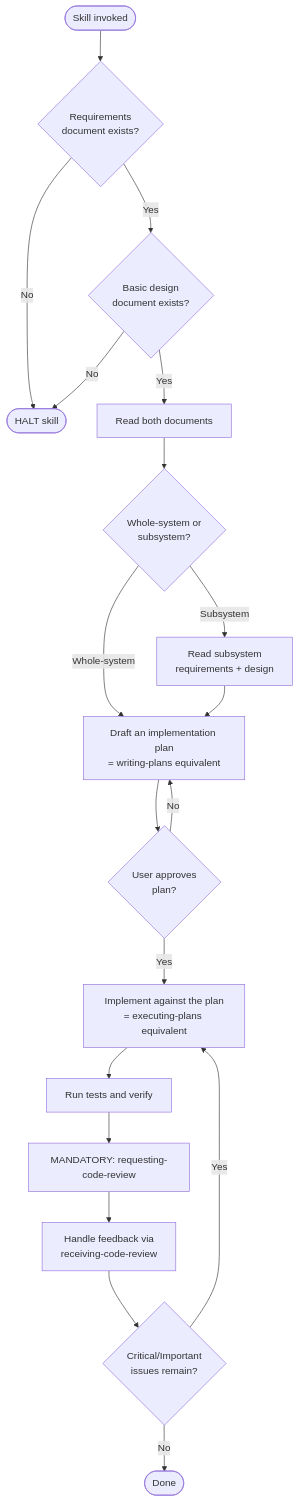
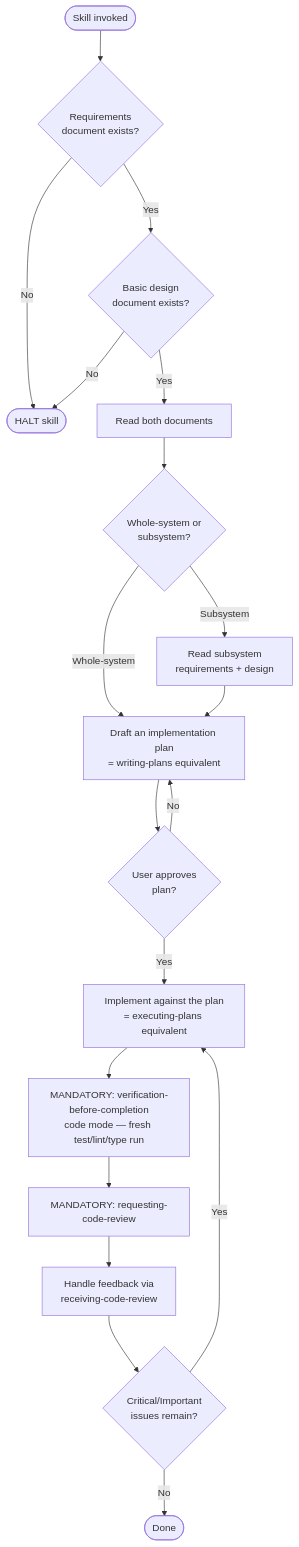
One commit to wintermaples/spec-coexist changed the diagram in .claude/skills/implementing-from-spec/SKILL.md. Above: the diagram before and after it, drawn with Mermaid. The commit also changed other lines of this file and 6 other files, not shown here.

First line of the commit message:
Add verification-before-completion skill and wire it as a MUST gate

````diff
--- a/.claude/skills/implementing-from-spec/SKILL.md
+++ b/.claude/skills/implementing-from-spec/SKILL.md
@@ -46,22 +47,22 @@
 ```mermaid
 flowchart TD
     Start([Skill invoked]) --> Q1{Requirements<br/>document exists?}
     Q1 -- No --> Stop([HALT skill])
     Q1 -- Yes --> Q2{Basic design<br/>document exists?}
     Q2 -- No --> Stop
     Q2 -- Yes --> R[Read both documents]
     R --> Q3{Whole-system or<br/>subsystem?}
     Q3 -- Subsystem --> S1[Read subsystem<br/>requirements + design]
     Q3 -- Whole-system --> Plan
     S1 --> Plan
     Plan[Draft an implementation plan<br/>= writing-plans equivalent]
     Plan --> Approve{User approves<br/>plan?}
     Approve -- No --> Plan
     Approve -- Yes --> Impl[Implement against the plan<br/>= executing-plans equivalent]
-    Impl --> Verify[Run tests and verify]
+    Impl --> Verify[MANDATORY: verification-before-completion<br/>code mode — fresh test/lint/type run]
     Verify --> Review[MANDATORY: requesting-code-review]
     Review --> Feedback[Handle feedback via<br/>receiving-code-review]
     Feedback --> CritQ{Critical/Important<br/>issues remain?}
     CritQ -- Yes --> Impl
     CritQ -- No --> End([Done])
 ```
````
